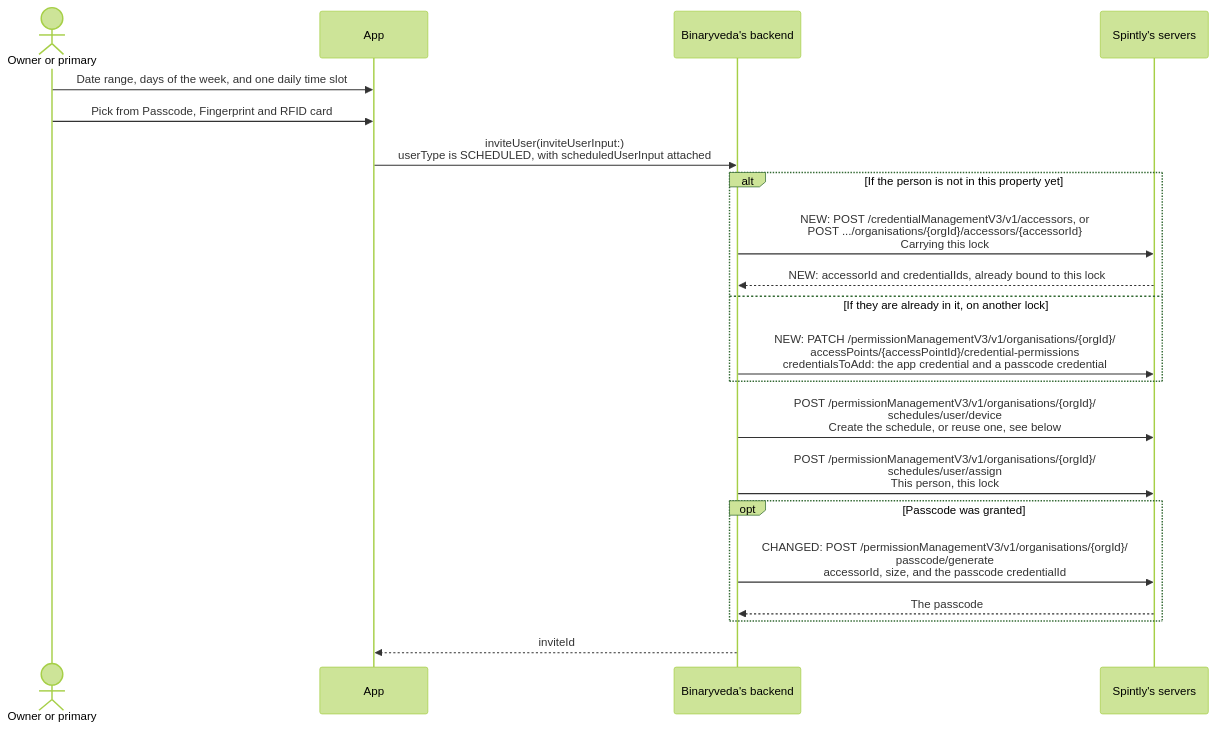
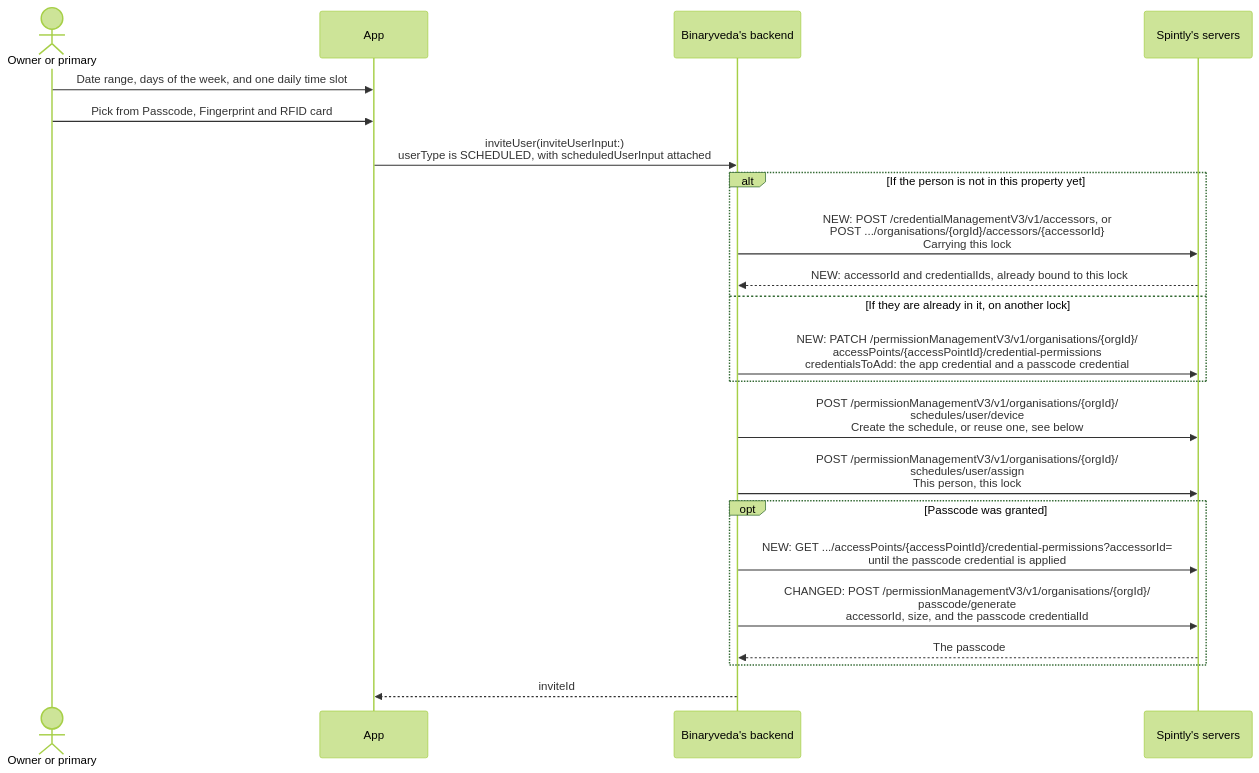
Before and after one commit to spintly-integrations-support/godrej-software-guide: the fourth of 10 diagrams in docs/user-management.md, drawn with Mermaid (forest theme). The commit also changed other lines of this file and 7 other files, not shown here.

````diff
--- a/docs/user-management.md
+++ b/docs/user-management.md
@@ -137,24 +137,25 @@
 ```mermaid
 sequenceDiagram
     actor O as Owner or primary
     participant A as App
     participant B as Binaryveda's backend
     participant S as Spintly's servers
 
     O->>A: Date range, days of the week, and one daily time slot
     O->>A: Pick from Passcode, Fingerprint and RFID card
     A->>B: inviteUser(inviteUserInput:)<br/>userType is SCHEDULED, with scheduledUserInput attached
     alt If the person is not in this property yet
         B->>S: NEW: POST /credentialManagementV3/v1/accessors, or<br/>POST .../organisations/{orgId}/accessors/{accessorId}<br/>Carrying this lock
         S-->>B: NEW: accessorId and credentialIds, already bound to this lock
     else If they are already in it, on another lock
         B->>S: NEW: PATCH /permissionManagementV3/v1/organisations/{orgId}/<br/>accessPoints/{accessPointId}/credential-permissions<br/>credentialsToAdd: the app credential and a passcode credential
     end
     B->>S: POST /permissionManagementV3/v1/organisations/{orgId}/<br/>schedules/user/device<br/>Create the schedule, or reuse one, see below
     B->>S: POST /permissionManagementV3/v1/organisations/{orgId}/<br/>schedules/user/assign<br/>This person, this lock
     opt Passcode was granted
+        B->>S: NEW: GET .../accessPoints/{accessPointId}/credential-permissions?accessorId=<br/>until the passcode credential is applied
         B->>S: CHANGED: POST /permissionManagementV3/v1/organisations/{orgId}/<br/>passcode/generate<br/>accessorId, size, and the passcode credentialId
         S-->>B: The passcode
     end
     B-->>A: inviteId
 ```
````
